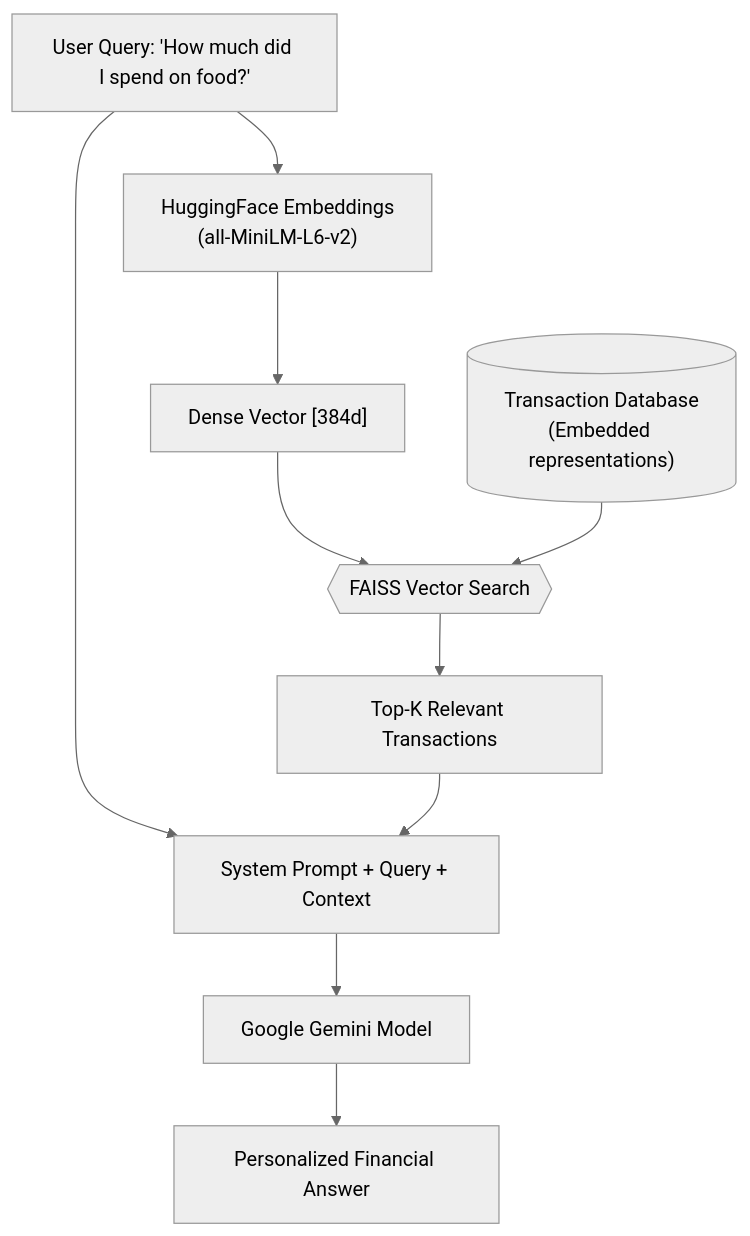
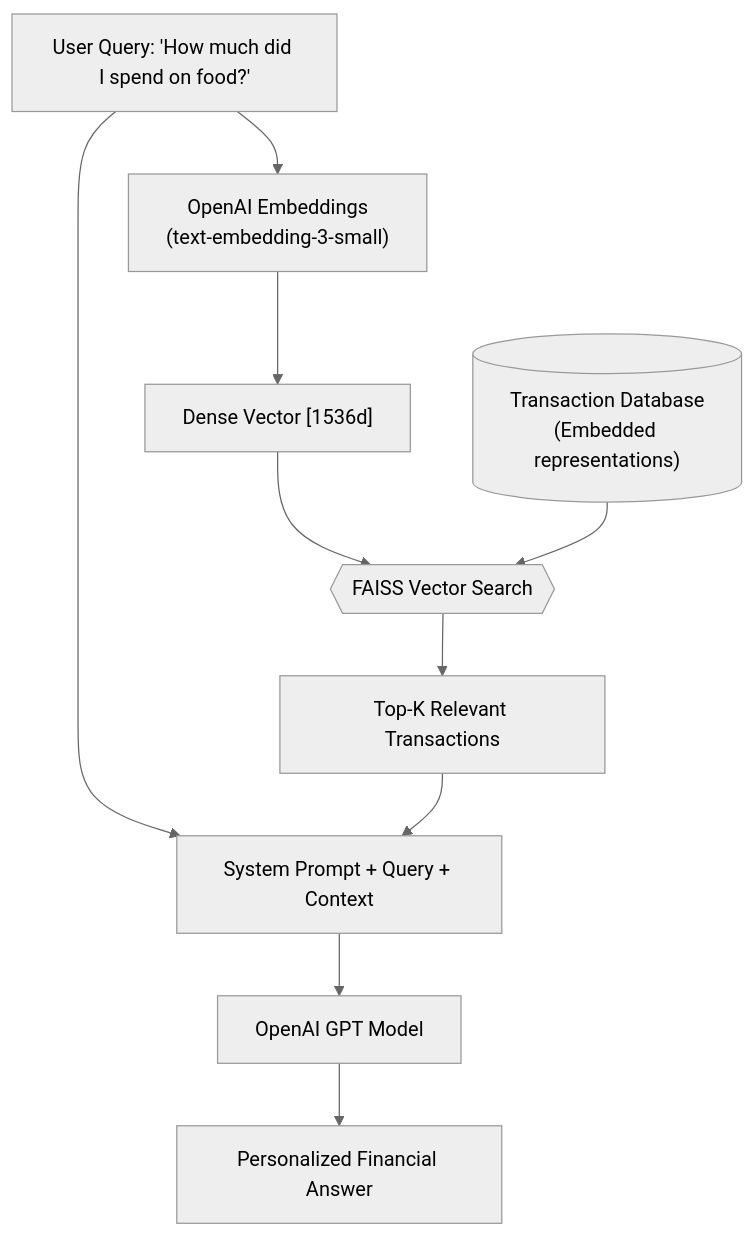
The sixth of 8 diagrams in docs/architecture_diagrams.md (Vaibhav-Rajput-connect/pocketpilot), drawn with Mermaid (neutral theme) before and after one commit. The commit also changed other lines of this file and 51 other files, not shown here.

````diff
--- a/docs/architecture_diagrams.md
+++ b/docs/architecture_diagrams.md
@@ -210,16 +164,16 @@
 ```mermaid
 flowchart TD
-    Q["User Query: 'How much did I spend on food?'"] --> Embedder["HuggingFace Embeddings\n(all-MiniLM-L6-v2)"]
-    Embedder --> Vector["Dense Vector [384d]"]
+    Q["User Query: 'How much did I spend on food?'"] --> Embedder["OpenAI Embeddings\n(text-embedding-3-small)"]
+    Embedder --> Vector["Dense Vector [1536d]"]
     
     Vector --> FAISS{{"FAISS Vector Search"}}
     Transactions[("Transaction Database\n(Embedded representations)")] --> FAISS
     
     FAISS --> Context["Top-K Relevant Transactions"]
     
     Q --> PromptTemplate
     Context --> PromptTemplate
     
-    PromptTemplate["System Prompt + Query + Context"] --> LLM["Google Gemini Model"]
+    PromptTemplate["System Prompt + Query + Context"] --> LLM["OpenAI GPT Model"]
     LLM --> Answer["Personalized Financial Answer"]
 ```
````
